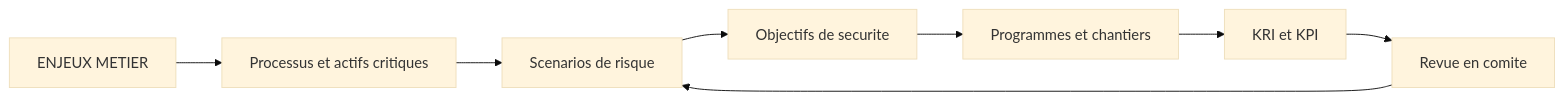
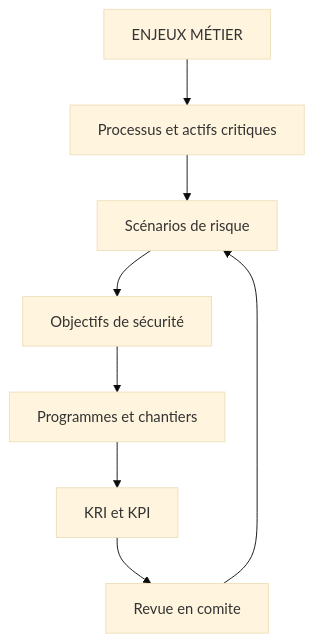
The first of 2 diagrams in courses/reseaux-cybersecurite/29_rssi_strategie_securite.md (Gooseppr/GevOps_LC), drawn with Mermaid (base theme) before and after one commit. The commit also changed other lines of this file and 56 other files, not shown here.

````diff
--- a/courses/reseaux-cybersecurite/29_rssi_strategie_securite.md
+++ b/courses/reseaux-cybersecurite/29_rssi_strategie_securite.md
@@ -118,10 +118,10 @@
 ```mermaid
-flowchart LR
-    A["ENJEUX METIER"] --> B["Processus et actifs critiques"]
-    B --> C["Scenarios de risque"]
-    C --> D["Objectifs de securite"]
+flowchart TD
+    A["ENJEUX MÉTIER"] --> B["Processus et actifs critiques"]
+    B --> C["Scénarios de risque"]
+    C --> D["Objectifs de sécurité"]
     D --> E["Programmes et chantiers"]
     E --> F["KRI et KPI"]
     F --> G["Revue en comite"]
     G --> C
 ```
````
